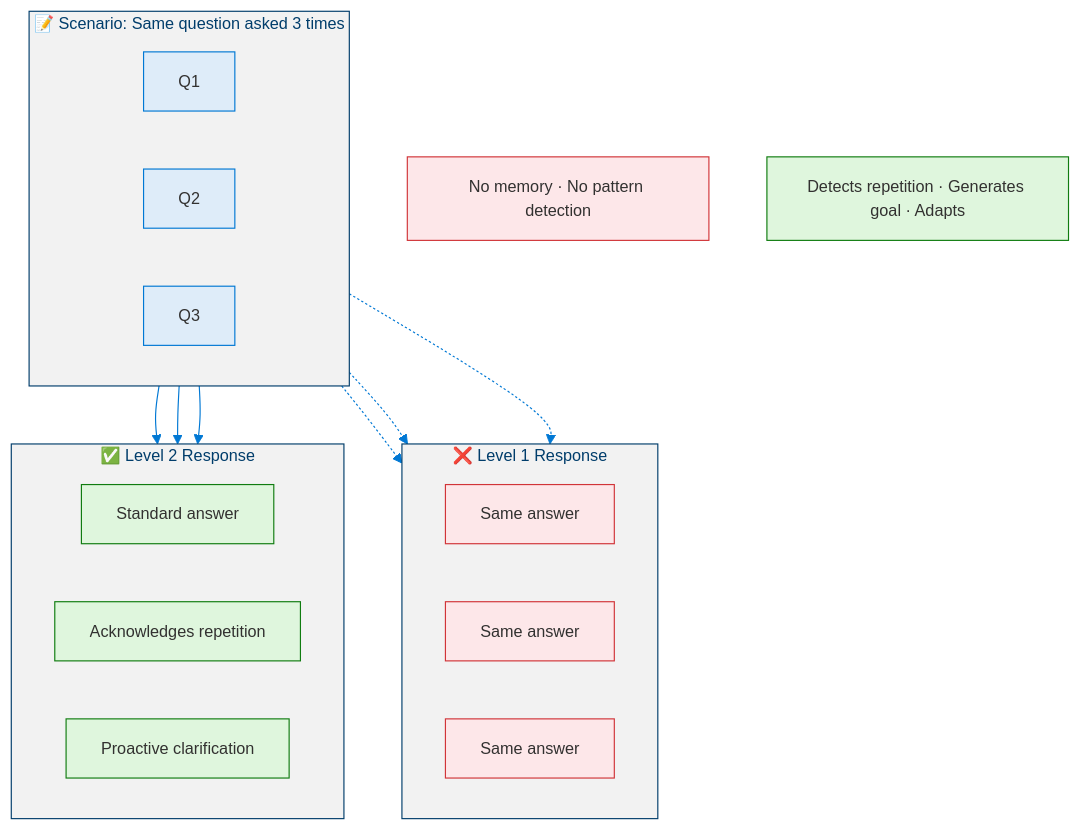
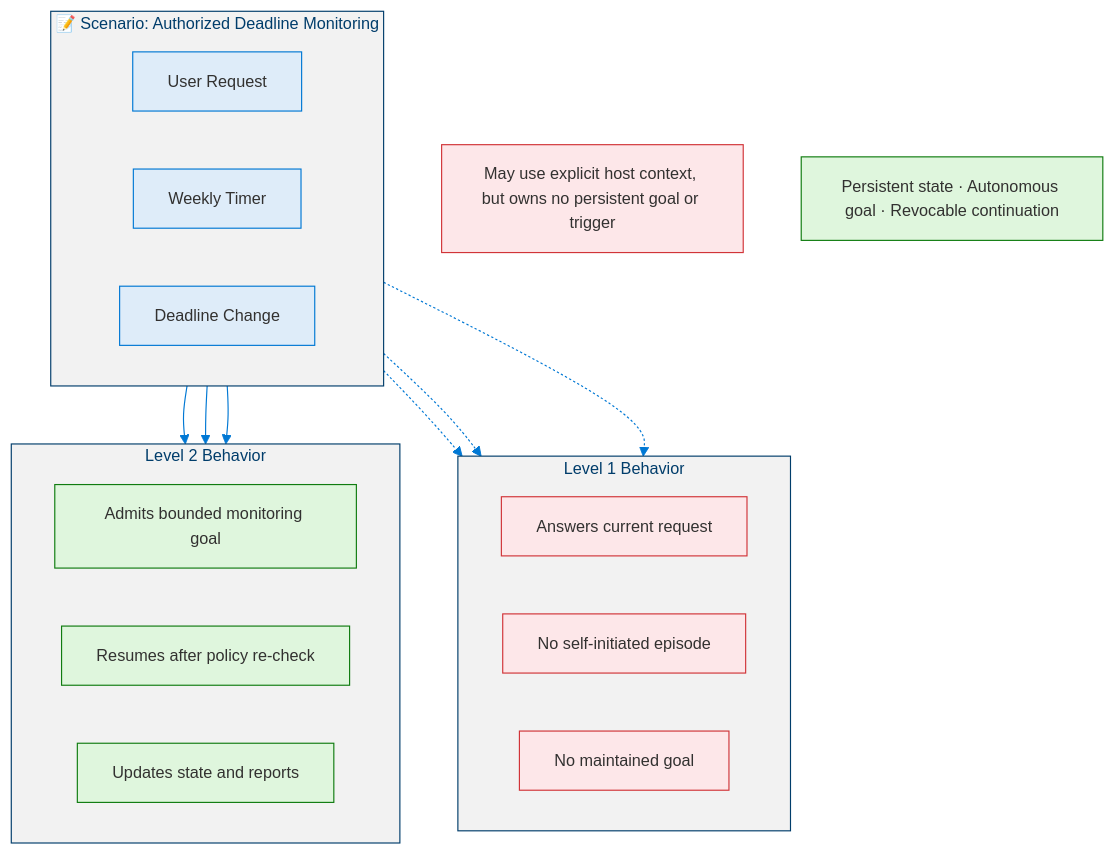
The sixth of 8 diagrams in docs/levels/Level_2_Autonomous_Agent.md (dotnetpower/mscp), drawn with Mermaid before and after one commit. The commit also changed other lines of this file and 21 other files, not shown here.

````diff
--- a/docs/levels/Level_2_Autonomous_Agent.md
+++ b/docs/levels/Level_2_Autonomous_Agent.md
@@ -687,40 +767,40 @@
 ```mermaid
 %%{init: {'theme': 'base', 'themeVariables': {'primaryColor': '#0078D4', 'primaryTextColor': '#003D6B', 'primaryBorderColor': '#003D6B', 'secondaryColor': '#50E6FF', 'secondaryTextColor': '#323130', 'secondaryBorderColor': '#00BCF2', 'tertiaryColor': '#F2F2F2', 'tertiaryTextColor': '#323130', 'lineColor': '#0078D4', 'textColor': '#323130', 'mainBkg': '#DEECF9', 'nodeBorder': '#0078D4', 'clusterBkg': '#F2F2F2', 'clusterBorder': '#003D6B', 'titleColor': '#003D6B', 'edgeLabelBackground': '#FFFFFF', 'fontSize': '14px'}}}%%
 flowchart TD
   classDef perceptionLight fill:#DEECF9,stroke:#0078D4,color:#323130
   classDef dangerLight fill:#FDE7E9,stroke:#D13438,color:#323130
   classDef successLight fill:#DFF6DD,stroke:#107C10,color:#323130
 
-  subgraph Scenario["📝 Scenario: Same question asked 3 times"]
+  subgraph Scenario["📝 Scenario: Authorized Deadline Monitoring"]
     direction LR
-    Q1["Q1"]:::perceptionLight
-    Q2["Q2"]:::perceptionLight
-    Q3["Q3"]:::perceptionLight
+    Q1["User Request"]:::perceptionLight
+    Q2["Weekly Timer"]:::perceptionLight
+    Q3["Deadline Change"]:::perceptionLight
   end
 
-  subgraph L1Response["❌ Level 1 Response"]
+  subgraph L1Response["Level 1 Behavior"]
     direction LR
-    L1R1["Same answer"]:::dangerLight
-    L1R2["Same answer"]:::dangerLight
-    L1R3["Same answer"]:::dangerLight
+    L1R1["Answers current request"]:::dangerLight
+    L1R2["No self-initiated episode"]:::dangerLight
+    L1R3["No maintained goal"]:::dangerLight
   end
 
-  L1Note["No memory · No pattern detection"]:::dangerLight
+  L1Note["May use explicit host context, but owns no persistent goal or trigger"]:::dangerLight
 
-  subgraph L2Response["✅ Level 2 Response"]
+  subgraph L2Response["Level 2 Behavior"]
     direction LR
-    L2R1["Standard answer"]:::successLight
-    L2R2["Acknowledges repetition"]:::successLight
-    L2R3["Proactive clarification"]:::successLight
+    L2R1["Admits bounded monitoring goal"]:::successLight
+    L2R2["Resumes after policy re-check"]:::successLight
+    L2R3["Updates state and reports"]:::successLight
   end
 
-  L2Note["Detects repetition · Generates goal · Adapts"]:::successLight
+  L2Note["Persistent state · Autonomous goal · Revocable continuation"]:::successLight
 
   Q1 -.-> L1R1
   Q2 -.-> L1R2
   Q3 -.-> L1R3
 
   Q1 --> L2R1
   Q2 --> L2R2
   Q3 --> L2R3
 ```
````
